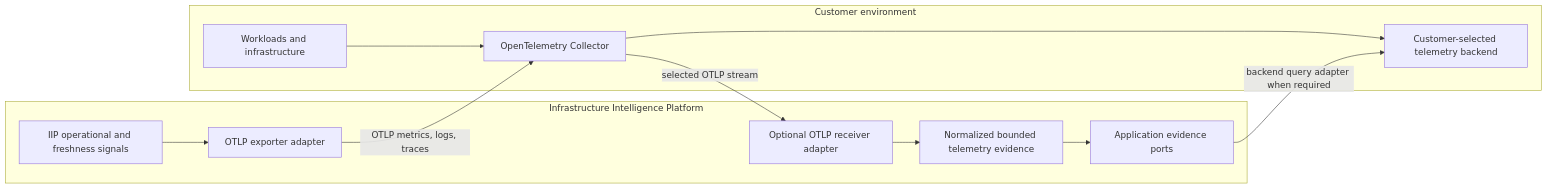
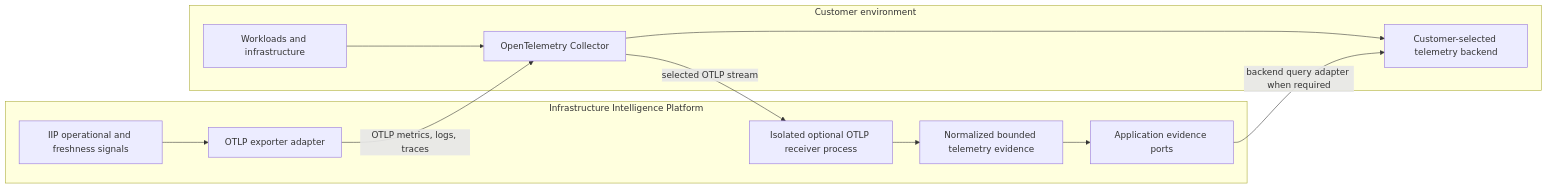
The diagram in docs/architecture/opentelemetry-portability.md (thedevopshuman/infra-intelligence-platform), drawn with Mermaid before and after one commit. The commit also changed other lines of this file and 37 other files, not shown here.

````diff
--- a/docs/architecture/opentelemetry-portability.md
+++ b/docs/architecture/opentelemetry-portability.md
@@ -9,24 +9,24 @@
 ```mermaid
 flowchart LR
     subgraph Customer["Customer environment"]
       Workloads["Workloads and infrastructure"]
       Collector["OpenTelemetry Collector"]
       Backend["Customer-selected telemetry backend"]
       Workloads --> Collector
       Collector --> Backend
     end
 
     subgraph IIP["Infrastructure Intelligence Platform"]
-      Receiver["Optional OTLP receiver adapter"]
+      Receiver["Isolated optional OTLP receiver process"]
       Normalized["Normalized bounded telemetry evidence"]
       Evidence["Application evidence ports"]
       Signals["IIP operational and freshness signals"]
       Exporter["OTLP exporter adapter"]
       Receiver --> Normalized --> Evidence
       Signals --> Exporter
     end
 
     Collector -->|"selected OTLP stream"| Receiver
     Evidence -->|"backend query adapter when required"| Backend
     Exporter -->|"OTLP metrics, logs, traces"| Collector
 ```
````
